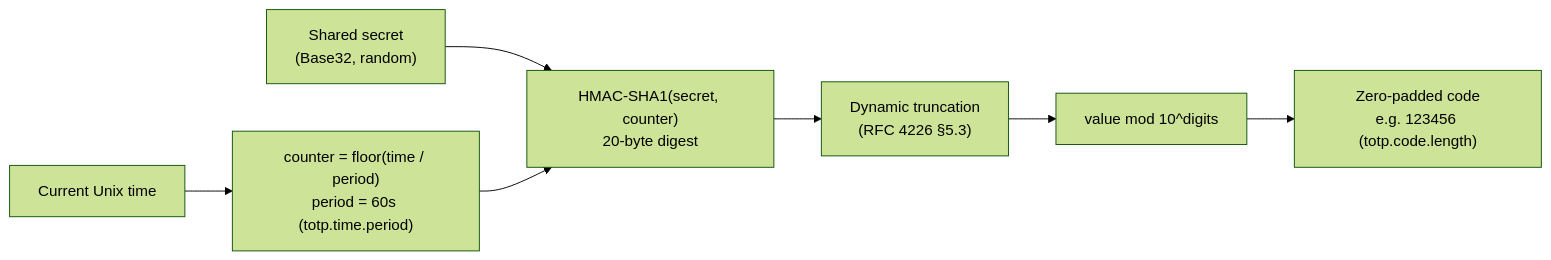
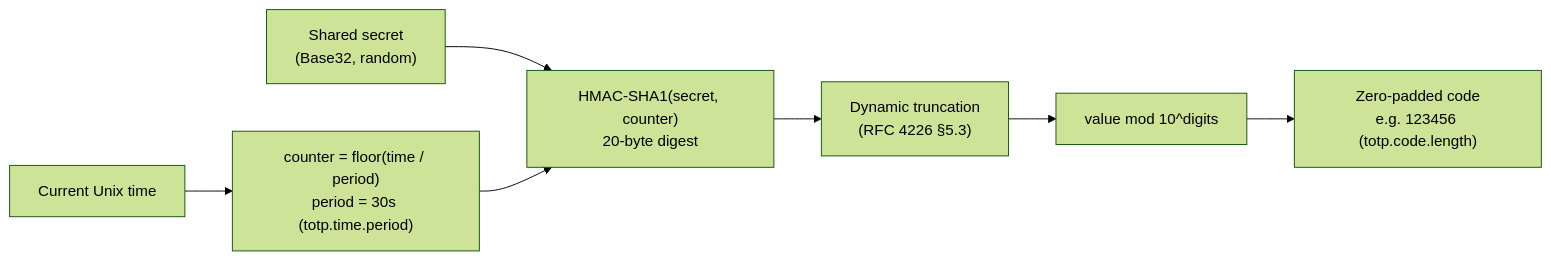
Before and after one commit to himnay/learning-totp: the second of 7 diagrams in README.md, drawn with Mermaid (forest theme). The commit also changed other lines of this file and 7 other files, not shown here.

First line of the commit message:
Upgrade to super-pom 1.1.2; standard 30 s TOTP period for real authenticators

````diff
--- a/README.md
+++ b/README.md
@@ -204,9 +204,9 @@
 ```mermaid
 flowchart LR
     A["Shared secret<br/>(Base32, random)"] --> D
-    B["Current Unix time"] --> C["counter = floor(time / period)<br/>period = 60s (totp.time.period)"]
+    B["Current Unix time"] --> C["counter = floor(time / period)<br/>period = 30s (totp.time.period)"]
     C --> D["HMAC-SHA1(secret, counter)<br/>20-byte digest"]
     D --> E["Dynamic truncation<br/>(RFC 4226 §5.3)"]
     E --> F["value mod 10^digits"]
     F --> G["Zero-padded code<br/>e.g. 123456 (totp.code.length)"]
 ```
````
